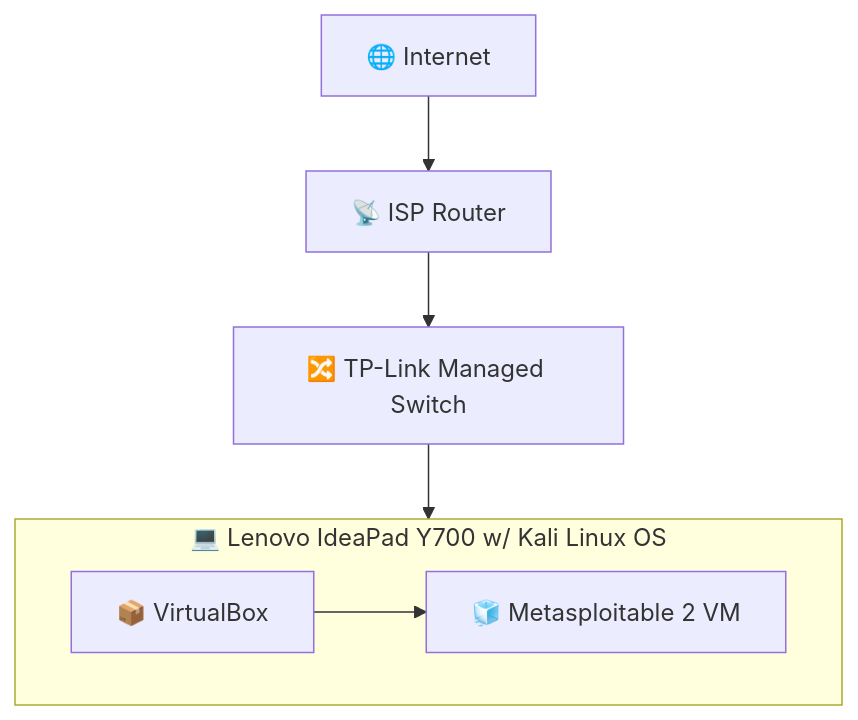
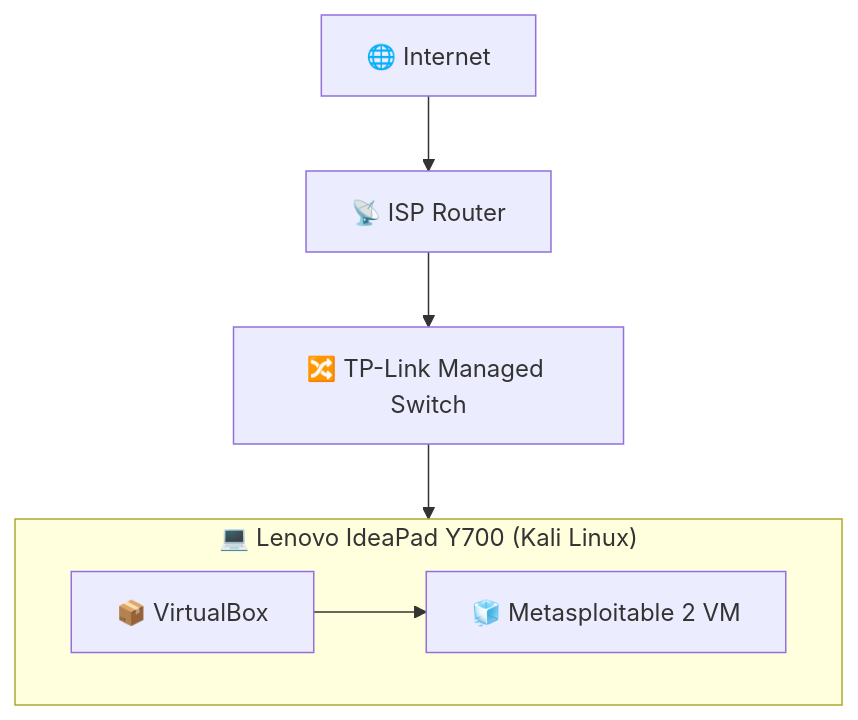
One commit to earnesttavares/HomeCyberLab_Kyanite changed the diagram in README.md. Above: the diagram before and after it, drawn with Mermaid.

Commit message:
Update host description in README

````diff
--- a/README.md
+++ b/README.md
@@ -49,16 +49,16 @@
 ```mermaid
 flowchart TD
     Internet["🌐 Internet"]
     Router["📡 ISP Router"]
     Switch["🔀 TP-Link Managed Switch"]
 
     Internet --> Router
     Router --> Switch
 
-    subgraph Host["💻 Lenovo IdeaPad Y700 w/ Kali Linux OS"]
-        direction LR
+    subgraph Host["💻 Lenovo IdeaPad Y700 (Kali Linux)"]
+    direction LR
         VBox["📦 VirtualBox"] --> VM["🧊 Metasploitable 2 VM"]
     end
 
     Switch --> VBox
 ```
````
